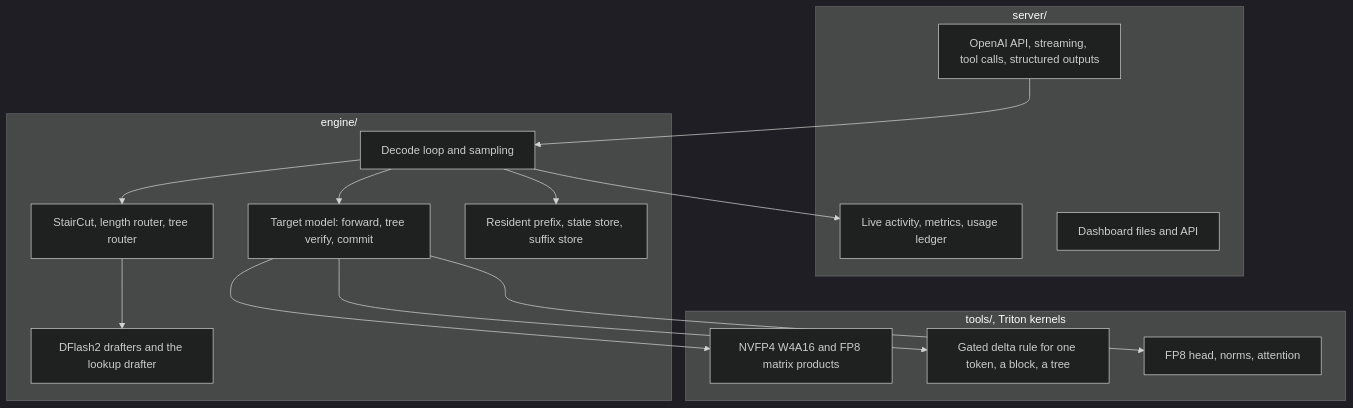
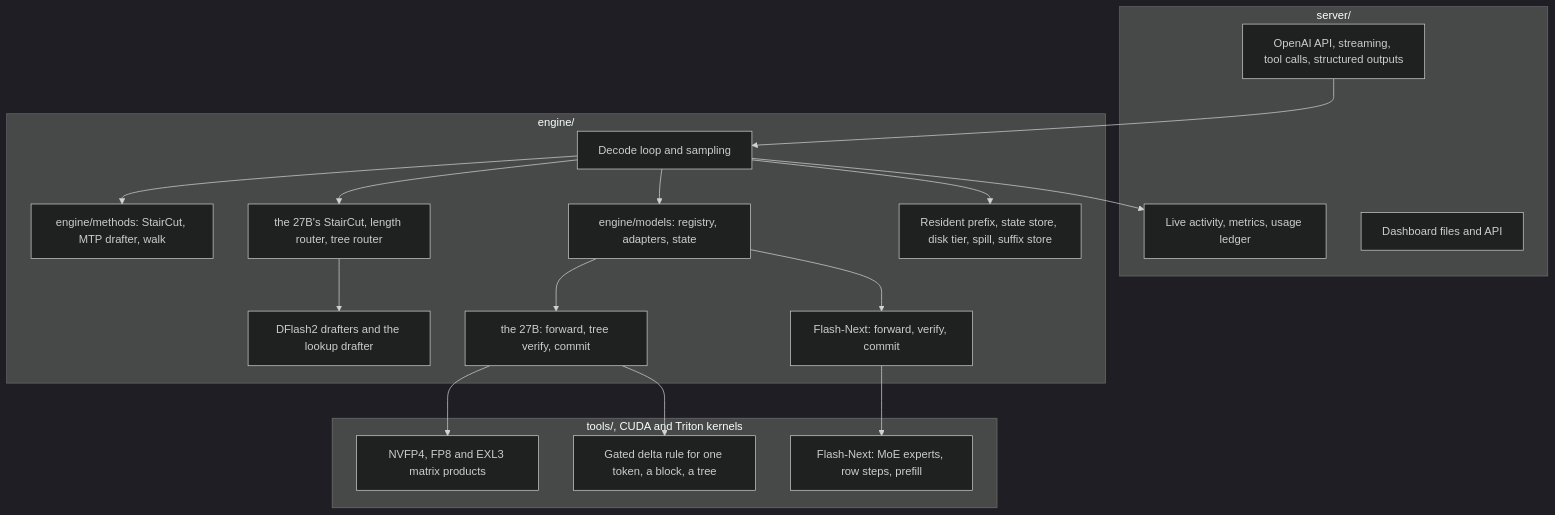
The third of 3 diagrams in docs/architecture.md (0xBakeer/TandemLLM), drawn with Mermaid (dark theme) before and after one commit. The commit also changed other lines of this file, not shown here.

First line of the commit message:
OPS-101: docs/architecture.md shows the second model and the ENG-E8 layering

````diff
--- a/docs/architecture.md
+++ b/docs/architecture.md
@@ -72,28 +192,34 @@
 ```mermaid
 flowchart TB
     subgraph server[server/]
         API[OpenAI API, streaming, tool calls, structured outputs]
         LIVE[Live activity, metrics, usage ledger]
         DASH[Dashboard files and API]
     end
     subgraph engine[engine/]
         LOOP[Decode loop and sampling]
-        ROUTER[StairCut, length router, tree router]
+        METHODS[engine/methods: StairCut, MTP drafter, walk]
+        ROUTER[the 27B's StairCut, length router, tree router]
         DRAFT[DFlash2 drafters and the lookup drafter]
-        MODEL[Target model: forward, tree verify, commit]
-        CACHE[Resident prefix, state store, suffix store]
+        MODELS[engine/models: registry, adapters, state]
+        MODEL[the 27B: forward, tree verify, commit]
+        FNX[Flash-Next: forward, verify, commit]
+        CACHE[Resident prefix, state store, disk tier, spill, suffix store]
     end
-    subgraph kernels[tools/, Triton kernels]
-        W4[NVFP4 W4A16 and FP8 matrix products]
+    subgraph kernels[tools/, CUDA and Triton kernels]
+        W4[NVFP4, FP8 and EXL3 matrix products]
         GDN[Gated delta rule for one token, a block, a tree]
-        HEAD[FP8 head, norms, attention]
+        FNK[Flash-Next: MoE experts, row steps, prefill]
     end
     API --> LOOP
     LOOP --> ROUTER --> DRAFT
-    LOOP --> MODEL
+    LOOP --> METHODS
+    LOOP --> MODELS
+    MODELS --> MODEL
+    MODELS --> FNX
     LOOP --> CACHE
     MODEL --> W4
     MODEL --> GDN
-    MODEL --> HEAD
+    FNX --> FNK
     LOOP --> LIVE
 ```
````
